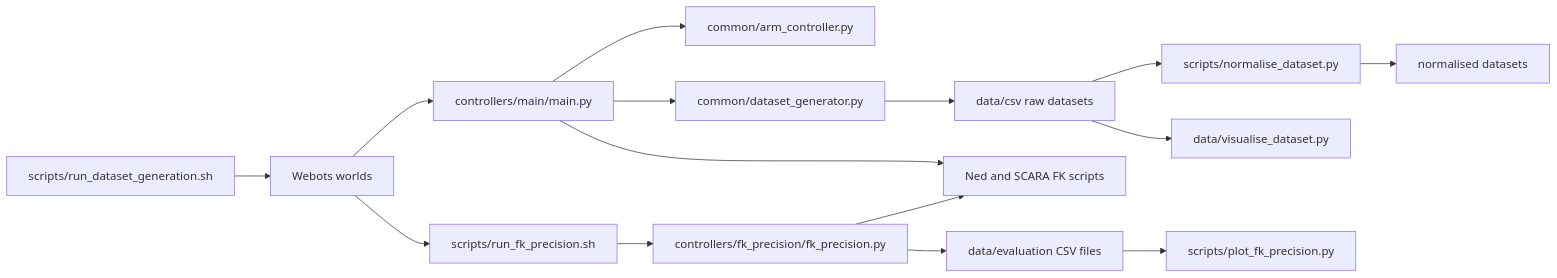
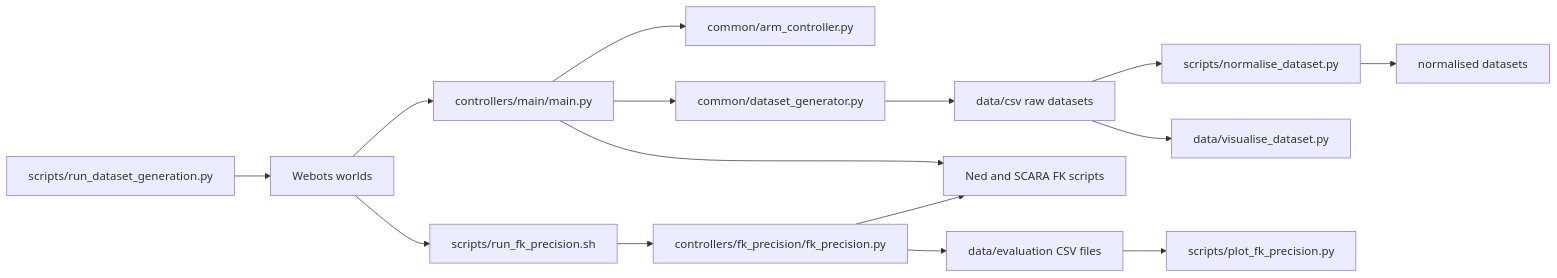
One commit to guillaumevirgal/IR-coursework1 changed the diagram in README.md. Above: the diagram before and after it, drawn with Mermaid. The commit also changed other lines of this file and 2 other files, not shown here.

Commit message:
Make Webots dataset runner cross-platform

````diff
--- a/README.md
+++ b/README.md
@@ -34,18 +34,18 @@
 ```mermaid
 flowchart LR
-    S[scripts/run_dataset_generation.sh] --> W[Webots worlds]
+    S[scripts/run_dataset_generation.py] --> W[Webots worlds]
     W --> M[controllers/main/main.py]
     M --> A[common/arm_controller.py]
     M --> G[common/dataset_generator.py]
     M --> FK[Ned and SCARA FK scripts]
     G --> C[data/csv raw datasets]
     C --> N[scripts/normalise_dataset.py]
     C --> V[data/visualise_dataset.py]
     N --> P[normalised datasets]
 
     W --> R[scripts/run_fk_precision.sh]
     R --> E[controllers/fk_precision/fk_precision.py]
     E --> FK
     E --> D[data/evaluation CSV files]
     D --> Q[scripts/plot_fk_precision.py]
 ```
````
